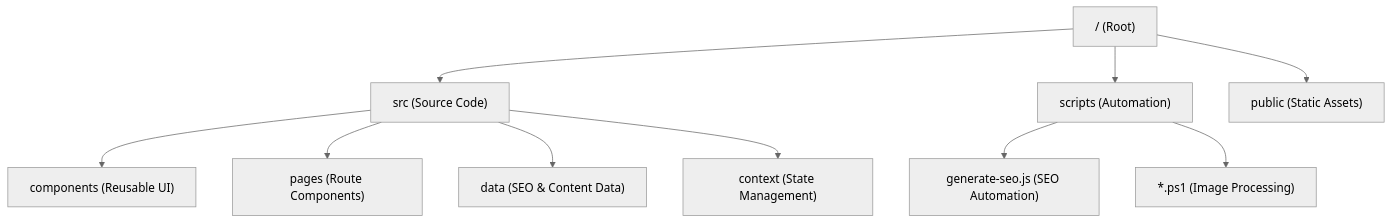
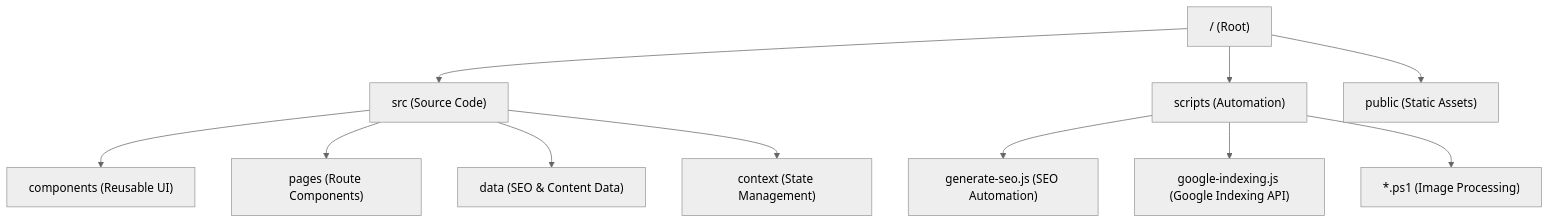
The diagram in .gravityBrain/SYSTEM_MAP.md (ff8scall/math), drawn with Mermaid (neutral theme) before and after one commit. The commit also changed other lines of this file and 9 other files, not shown here.

Commit message:
feat: integrate google indexing api and optimize key path

````diff
--- a/.gravityBrain/SYSTEM_MAP.md
+++ b/.gravityBrain/SYSTEM_MAP.md
@@ -19,14 +19,15 @@
 ```mermaid
 graph TD
     Root["/ (Root)"] --> Src["src (Source Code)"]
     Root --> Scripts["scripts (Automation)"]
     Root --> Public["public (Static Assets)"]
     
     Src --> Components["components (Reusable UI)"]
     Src --> Pages["pages (Route Components)"]
     Src --> Data["data (SEO & Content Data)"]
     Src --> Context["context (State Management)"]
     
     Scripts --> SEOGen["generate-seo.js (SEO Automation)"]
+    Scripts --> GIndex["google-indexing.js (Google Indexing API)"]
     Scripts --> ImgProc["*.ps1 (Image Processing)"]
 ```
````
